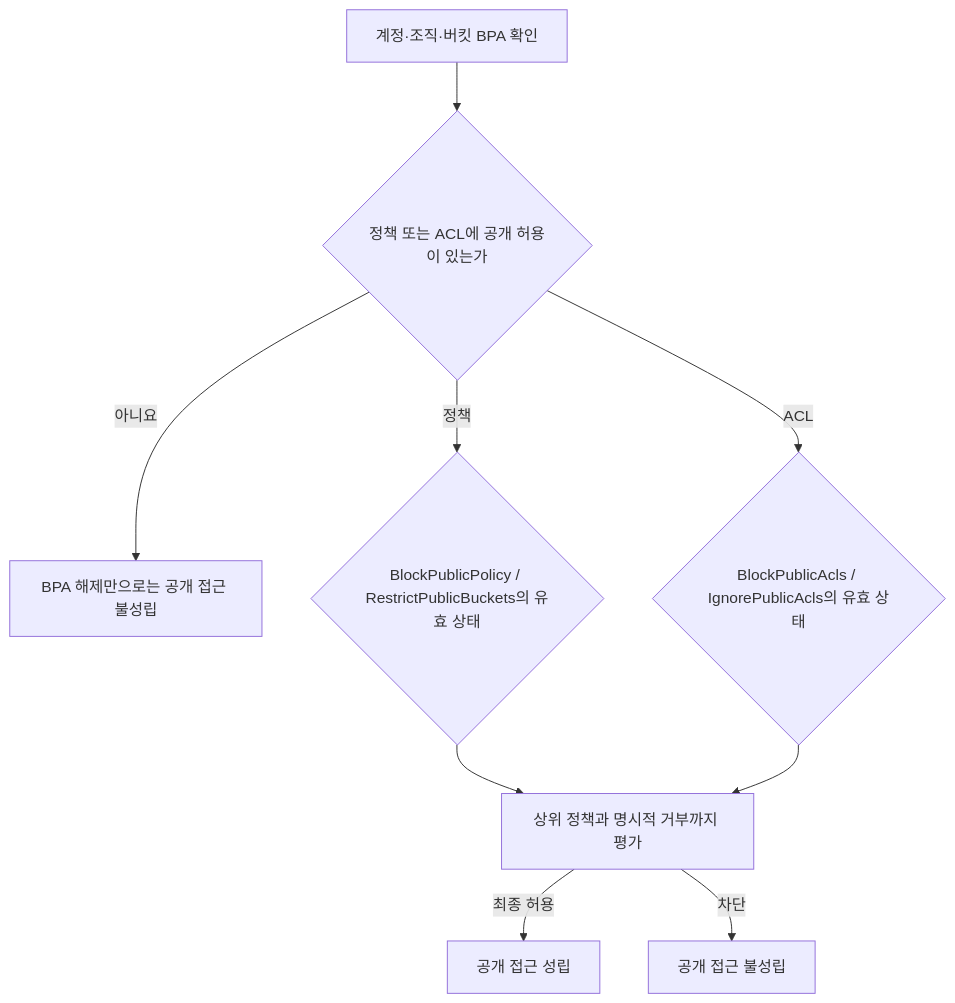
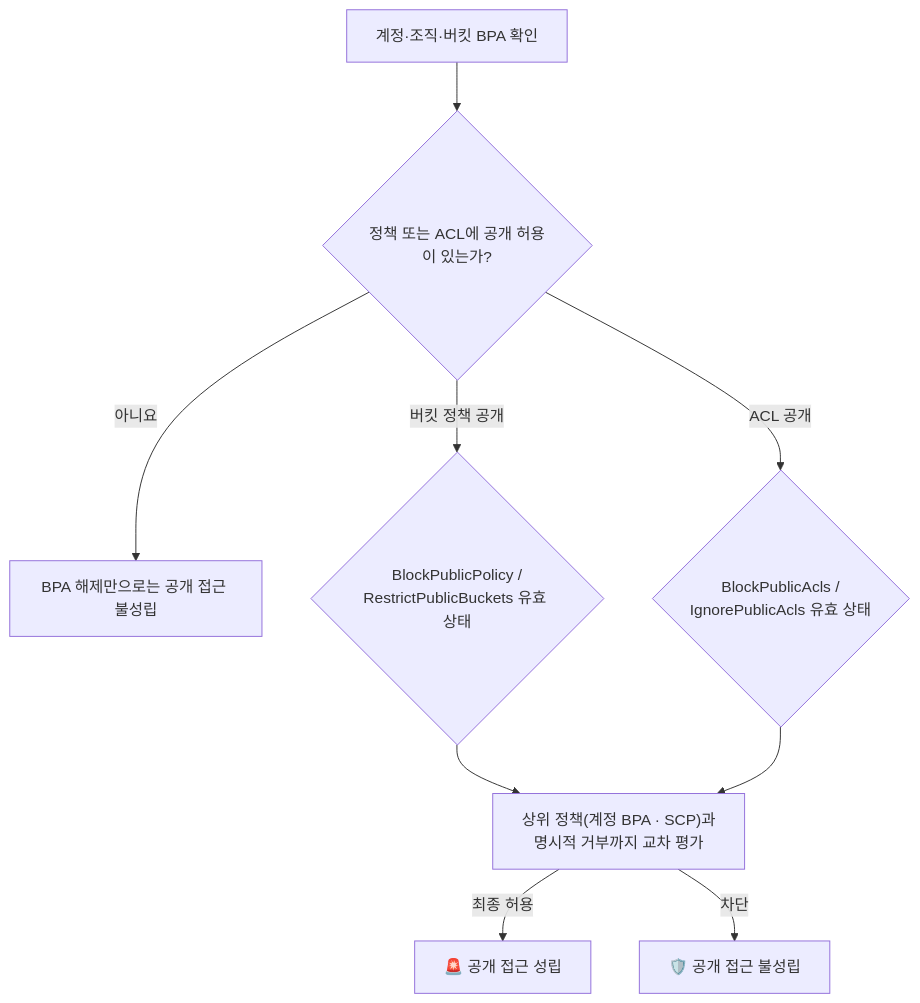
The second of 2 diagrams in content/클라우드인프라/클라우드 인프라 진단 — S3·스토리지 오남용과 데이터 유출 체인.md (gooyong-sec/gooyong-sec.github.io), drawn with Mermaid before and after one commit. The commit also changed other lines of this file and 68 other files, not shown here.

````diff
--- a/content/클라우드인프라/클라우드 인프라 진단 — S3·스토리지 오남용과 데이터 유출 체인.md
+++ b/content/클라우드인프라/클라우드 인프라 진단 — S3·스토리지 오남용과 데이터 유출 체인.md
@@ -39,11 +65,10 @@
 ```mermaid
 flowchart TD
-    A["계정·조직·버킷 BPA 확인"] --> B{"정책 또는 ACL에 공개 허용이 있는가"}
-    B -->|아니요| C["BPA 해제만으로는 공개 접근 불성립"]
-    B -->|정책| D{"BlockPublicPolicy / RestrictPublicBuckets의 유효 상태"}
-    B -->|ACL| E{"BlockPublicAcls / IgnorePublicAcls의 유효 상태"}
-    D --> F["상위 정책과 명시적 거부까지 평가"]
-    E --> F
-    F -->|최종 허용| G["공개 접근 성립"]
-    F -->|차단| H["공개 접근 불성립"]
+    A["계정·조직·버킷 BPA 확인"] --> B{"정책 또는 ACL에 공개 허용이 있는가?"}
+    B -->|"아니요"| C["BPA 해제만으로는 공개 접근 불성립"]
+    B -->|"버킷 정책 공개"| D{"BlockPublicPolicy /<br/>RestrictPublicBuckets 유효 상태"}
+    B -->|"ACL 공개"| E{"BlockPublicAcls /<br/>IgnorePublicAcls 유효 상태"}
+    D & E --> F["상위 정책(계정 BPA · SCP)과<br/>명시적 거부까지 교차 평가"]
+    F -->|"최종 허용"| G["🚨 공개 접근 성립"]
+    F -->|"차단"| H["🛡️ 공개 접근 불성립"]
 ```
````
